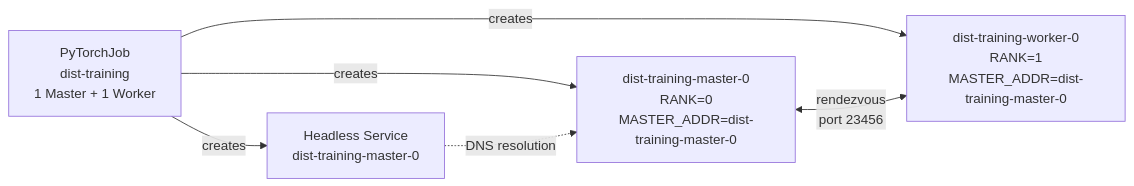
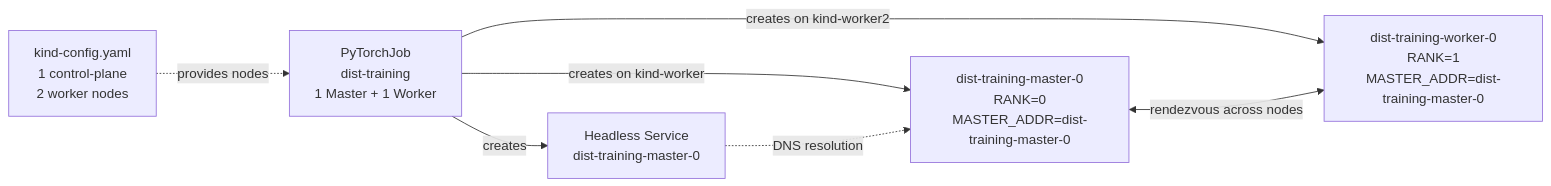
The diagram in examples/04-multi-node/after/README.md (arun-gupta/cloudnative-for-ai-developers), drawn with Mermaid before and after one commit. The commit also changed other lines of this file and 3 other files, not shown here.

````diff
--- a/examples/04-multi-node/after/README.md
+++ b/examples/04-multi-node/after/README.md
@@ -163,11 +199,14 @@
 ```mermaid
 flowchart LR
+    KC["kind-config.yaml\n1 control-plane\n2 worker nodes"]
+
     PJ["PyTorchJob\ndist-training\n1 Master + 1 Worker"]
 
-    PJ -->|creates| M["dist-training-master-0\nRANK=0\nMASTER_ADDR=dist-training-master-0"]
-    PJ -->|creates| W["dist-training-worker-0\nRANK=1\nMASTER_ADDR=dist-training-master-0"]
+    PJ -->|creates on kind-worker| M["dist-training-master-0\nRANK=0\nMASTER_ADDR=dist-training-master-0"]
+    PJ -->|creates on kind-worker2| W["dist-training-worker-0\nRANK=1\nMASTER_ADDR=dist-training-master-0"]
     PJ -->|creates| SVC["Headless Service\ndist-training-master-0"]
 
-    M <-->|rendezvous\nport 23456| W
+    M <-->|rendezvous across nodes| W
     SVC -.->|DNS resolution| M
+    KC -.->|provides nodes| PJ
 ```
````
